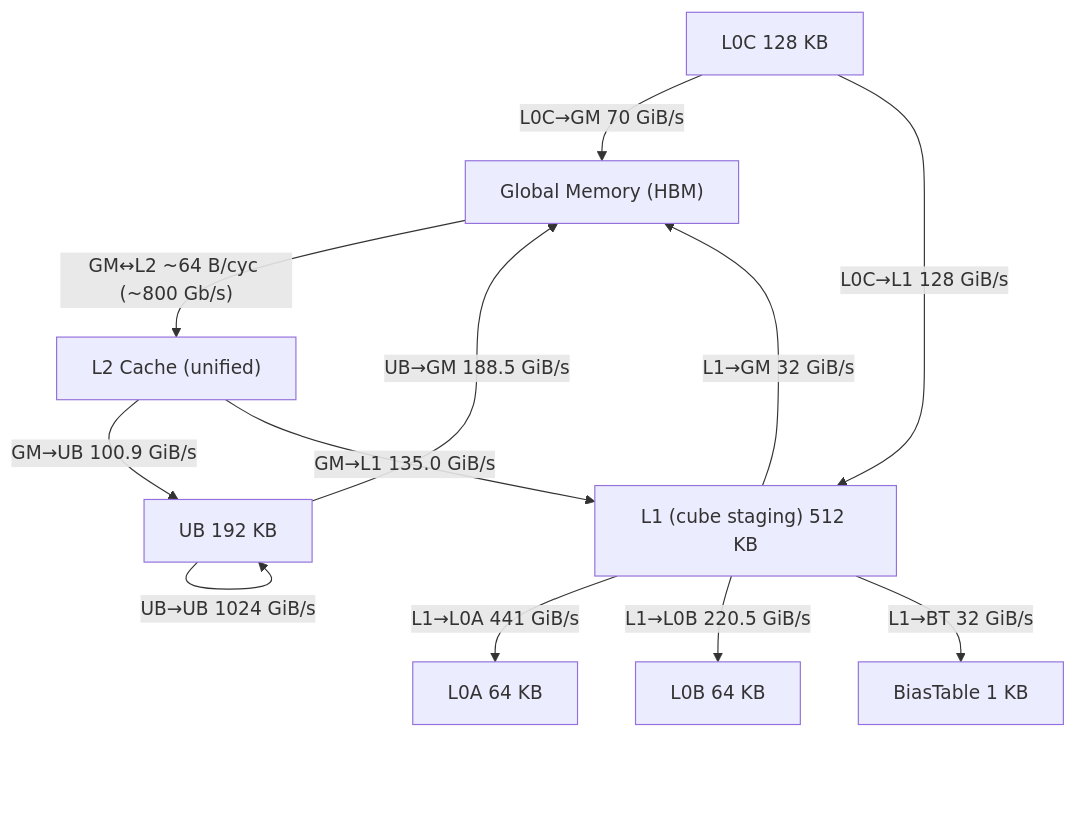
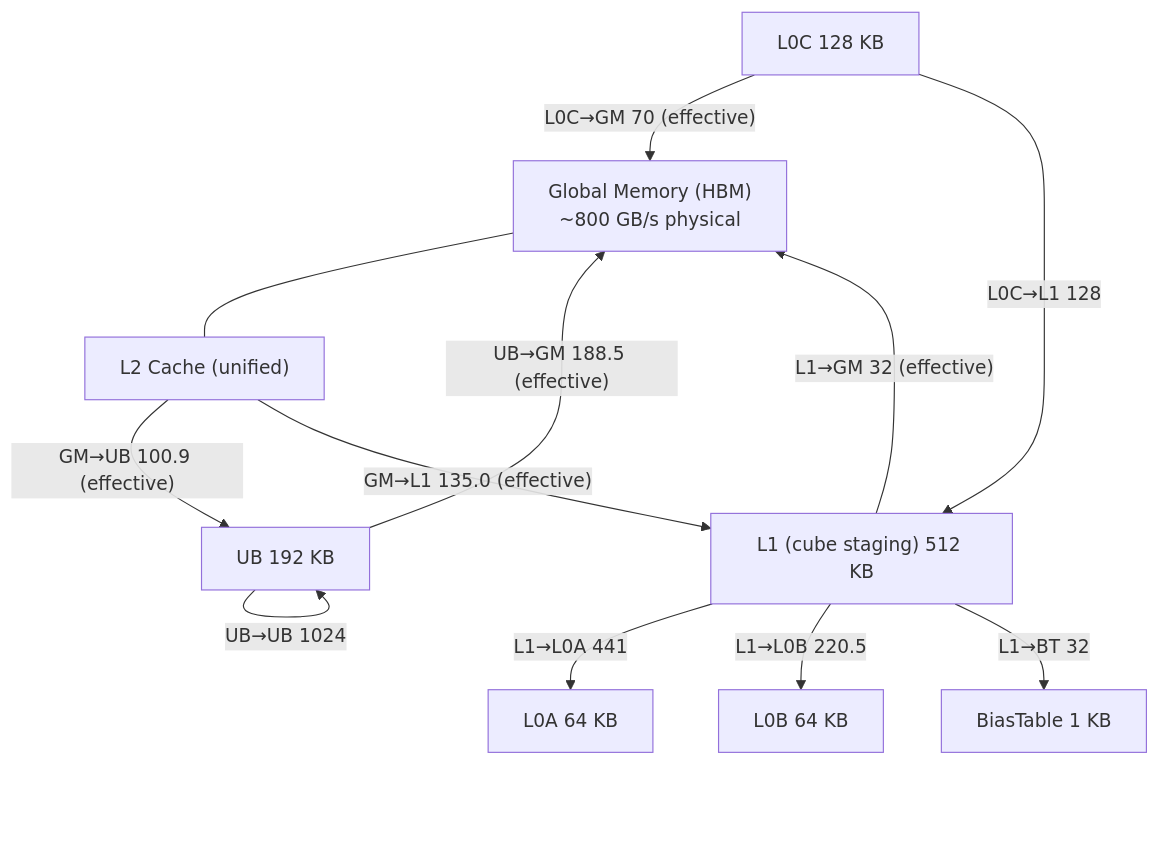
Before and after one commit to jansenin/ascend-test: the second of 7 diagrams in docs/reports/11-arch-characteristics.md, drawn with Mermaid. The commit also changed other lines of this file, not shown here.

First line of the commit message:
Fix bandwidth framing: HBM ~800 GB/s physical vs effective per-stream

````diff
--- a/docs/reports/11-arch-characteristics.md
+++ b/docs/reports/11-arch-characteristics.md
@@ -131,23 +136,23 @@
 ```mermaid
 flowchart TB
-    GM["Global Memory (HBM)"]
+    GM["Global Memory (HBM)<br/>~800 GB/s physical"]
     L2["L2 Cache (unified)"]
     L1["L1 (cube staging) 512 KB"]
     UB["UB 192 KB"]
     L0A["L0A 64 KB"]
     L0B["L0B 64 KB"]
     L0C["L0C 128 KB"]
     BT["BiasTable 1 KB"]
 
-    GM -->|"GM↔L2 ~64 B/cyc (~800 Gb/s)"| L2
-    L2 -->|"GM→UB 100.9 GiB/s"| UB
-    L2 -->|"GM→L1 135.0 GiB/s"| L1
-    UB -->|"UB→GM 188.5 GiB/s"| GM
-    L1 -->|"L1→GM 32 GiB/s"| GM
-    UB -->|"UB→UB 1024 GiB/s"| UB
-    L0C -->|"L0C→GM 70 GiB/s"| GM
-    L0C -->|"L0C→L1 128 GiB/s"| L1
-    L1 -->|"L1→L0A 441 GiB/s"| L0A
-    L1 -->|"L1→L0B 220.5 GiB/s"| L0B
-    L1 -->|"L1→BT 32 GiB/s"| BT
+    GM --- L2
+    L2 -->|"GM→UB 100.9 (effective)"| UB
+    L2 -->|"GM→L1 135.0 (effective)"| L1
+    UB -->|"UB→GM 188.5 (effective)"| GM
+    L1 -->|"L1→GM 32 (effective)"| GM
+    UB -->|"UB→UB 1024"| UB
+    L0C -->|"L0C→GM 70 (effective)"| GM
+    L0C -->|"L0C→L1 128"| L1
+    L1 -->|"L1→L0A 441"| L0A
+    L1 -->|"L1→L0B 220.5"| L0B
+    L1 -->|"L1→BT 32"| BT
 ```
````
